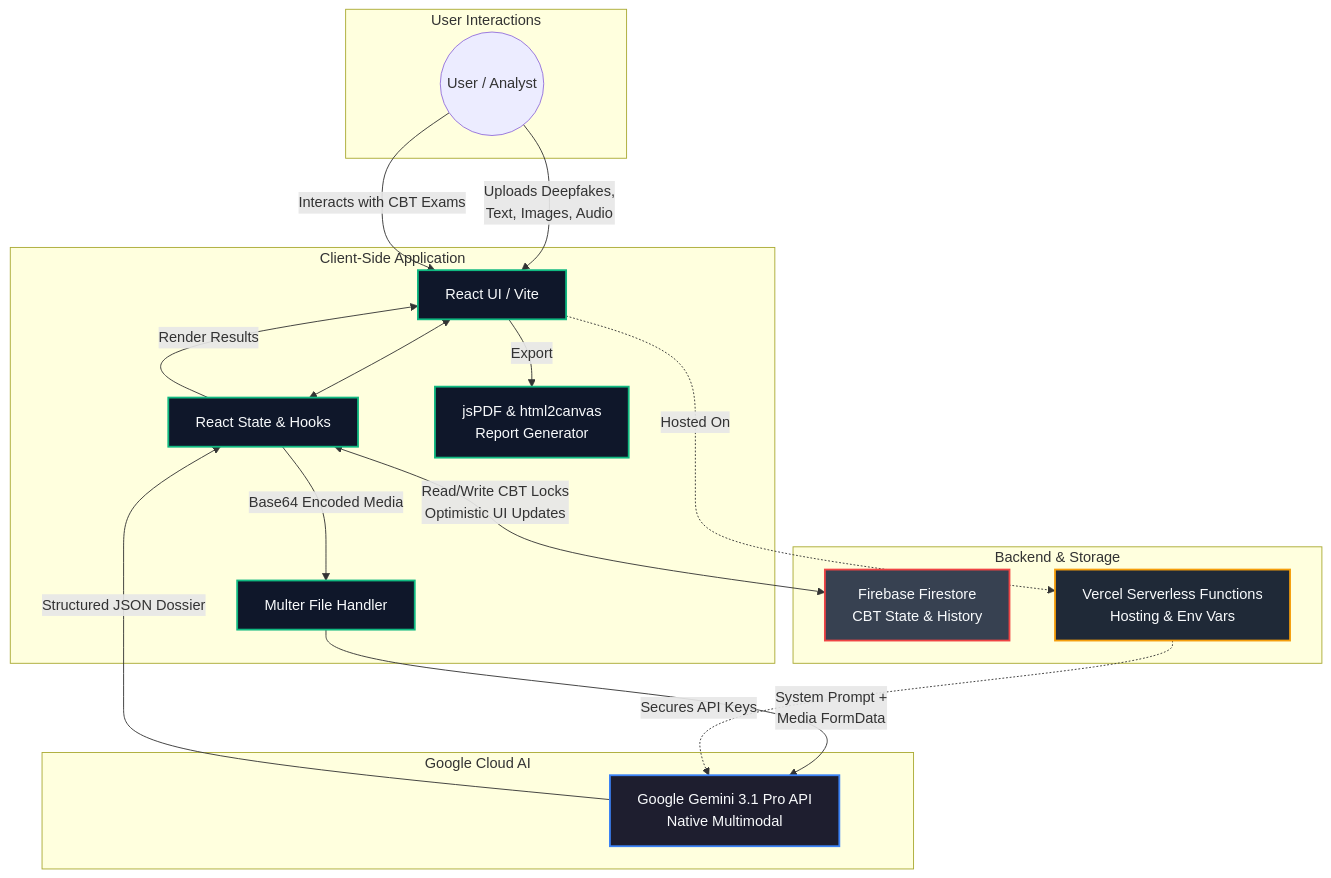
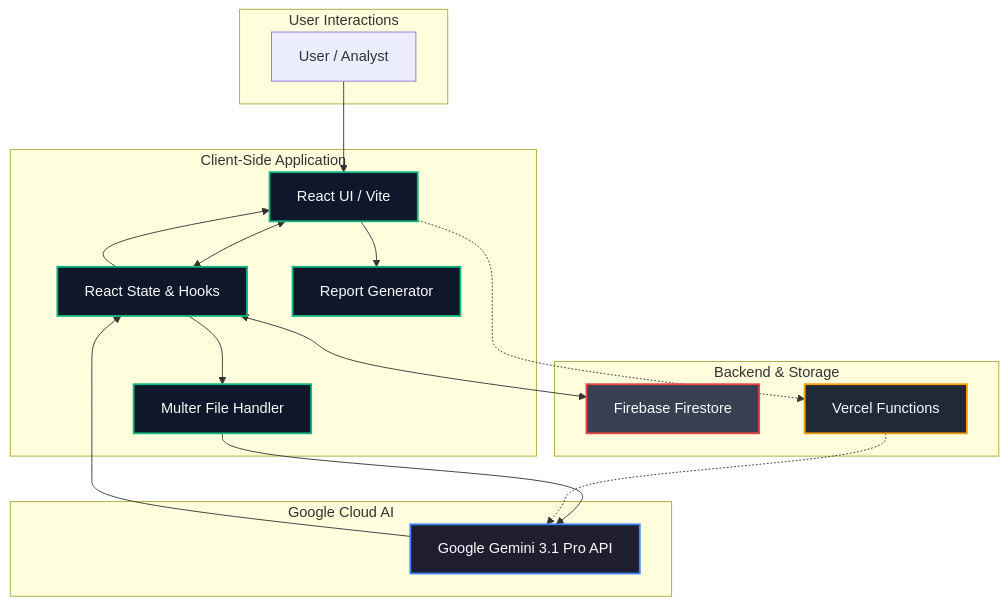
Before and after one commit to QuisTech/Veritas: the first of 2 diagrams in Devpost.md, drawn with Mermaid. The commit also changed 4 other files, not shown here.

````diff
--- a/Devpost.md
+++ b/Devpost.md
@@ -58,51 +62,41 @@
 ```mermaid
 graph TD
     %% Define Styles
     classDef client fill:#0f172a,stroke:#10b981,stroke-width:2px,color:#f8fafc
     classDef api fill:#1e1e2f,stroke:#3b82f6,stroke-width:2px,color:#f8fafc
     classDef backend fill:#1f2937,stroke:#f59e0b,stroke-width:2px,color:#f8fafc
     classDef db fill:#374151,stroke:#ef4444,stroke-width:2px,color:#f8fafc
 
     %% Subgraphs
-    subgraph Client [Client-Side Application]
-        UI[React UI / Vite]:::client
-        State[React State & Hooks]:::client
-        Upload[Multer File Handler]:::client
-        PDF[jsPDF & html2canvas<br>Report Generator]:::client
+    subgraph Client ["Client-Side Application"]
+        UI["React UI / Vite"]:::client
+        State["React State & Hooks"]:::client
+        Upload["Multer File Handler"]:::client
+        PDF["Report Generator"]:::client
     end
 
-    subgraph External_Services [Google Cloud AI]
-        Gemini[Google Gemini 3.1 Pro API<br/>Native Multimodal]:::api
+    subgraph External_Services ["Google Cloud AI"]
+        Gemini["Google Gemini 3.1 Pro API"]:::api
     end
 
-    subgraph Backend_Services [Backend & Storage]
-        Firebase[Firebase Firestore<br/>CBT State & History]:::db
-        Vercel[Vercel Serverless Functions<br/>Hosting & Env Vars]:::backend
+    subgraph Backend_Services ["Backend & Storage"]
+        Firebase["Firebase Firestore"]:::db
+        Vercel["Vercel Functions"]:::backend
     end
 
-    subgraph User [User Interactions]
-        UserActor((User / Analyst))
+    subgraph User ["User Interactions"]
+        UserActor["User / Analyst"]
     end
 
     %% Connections
-    UserActor -->|Uploads Deepfakes,<br>Text, Images, Audio| UI
-    UserActor -->|Interacts with CBT Exams| UI
-
+    UserActor --> UI
     UI <--> State
-    State -->|Base64 Encoded Media| Upload
-
-    %% Core API flow
-    Upload -->|System Prompt + <br>Media FormData| Gemini
-    Gemini -->|Structured JSON Dossier| State
-
-    %% Report Flow
-    State -->|Render Results| UI
-    UI -->|Export| PDF
-
-    %% Database Flow
-    State <-->|Read/Write CBT Locks<br>Optimistic UI Updates| Firebase
-
-    %% Infrastructure Flow
-    UI -.->|Hosted On| Vercel
-    Vercel -.->|Secures API Keys| Gemini
+    State --> Upload
+    Upload --> Gemini
+    Gemini --> State
+    State --> UI
+    UI --> PDF
+    State <--> Firebase
+    UI -.-> Vercel
+    Vercel -.-> Gemini
 ```
````
